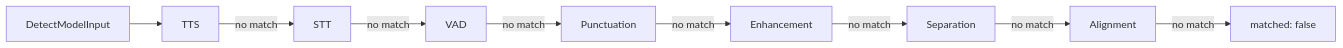
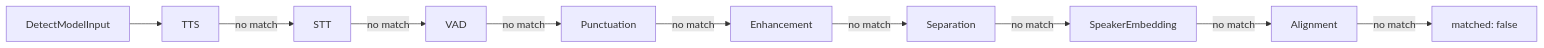
Before and after one commit to XDcobra/react-native-sherpa-onnx: the third of 3 diagrams in docs/model-detect.md, drawn with Mermaid. The commit also changed other lines of this file and 7 other files, not shown here.

````diff
--- a/docs/model-detect.md
+++ b/docs/model-detect.md
@@ -322,11 +324,12 @@
 ```mermaid
 flowchart LR
   input["DetectModelInput"] --> tts[TTS]
   tts -->|no match| stt[STT]
   stt -->|no match| vad[VAD]
   vad -->|no match| punct[Punctuation]
   punct -->|no match| enh[Enhancement]
   enh -->|no match| sep[Separation]
-  sep -->|no match| align[Alignment]
+  sep -->|no match| sid[SpeakerEmbedding]
+  sid -->|no match| align[Alignment]
   align -->|no match| none["matched: false"]
 ```
````
